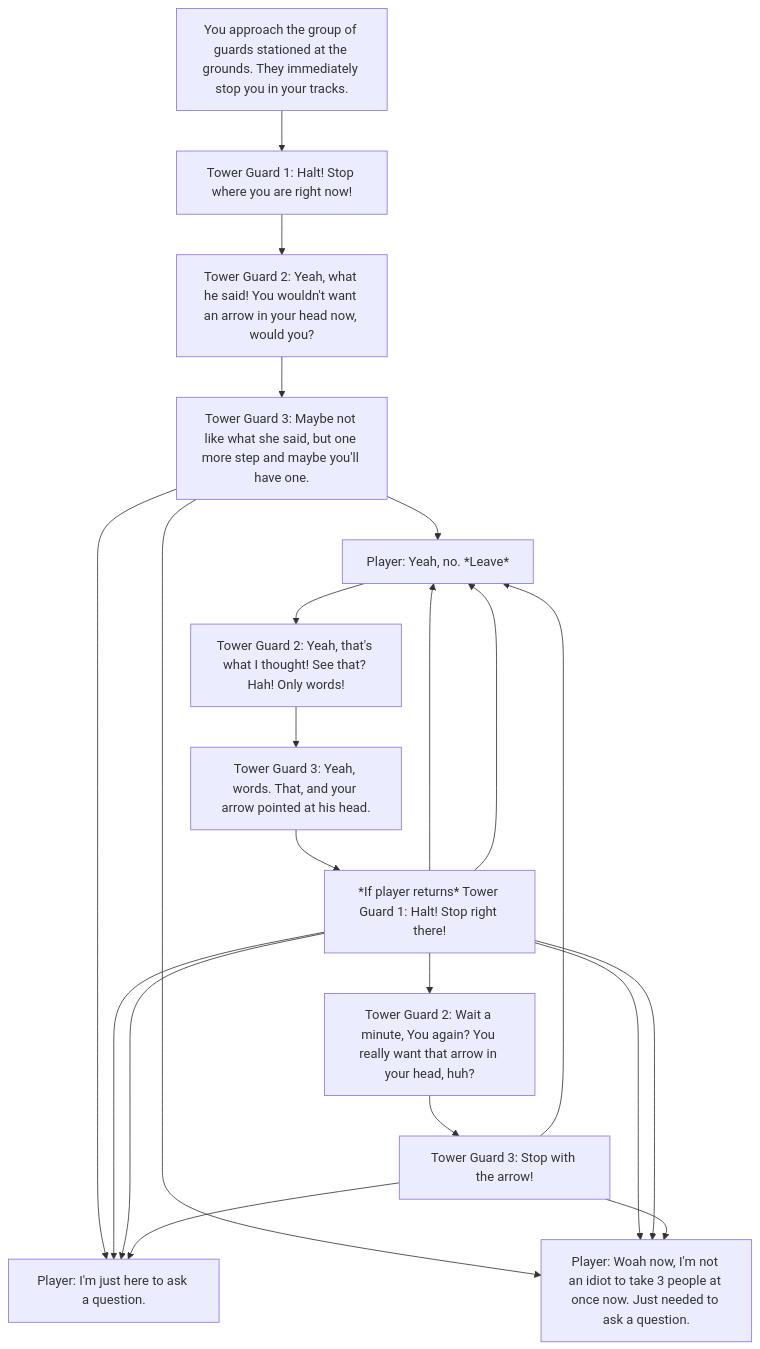
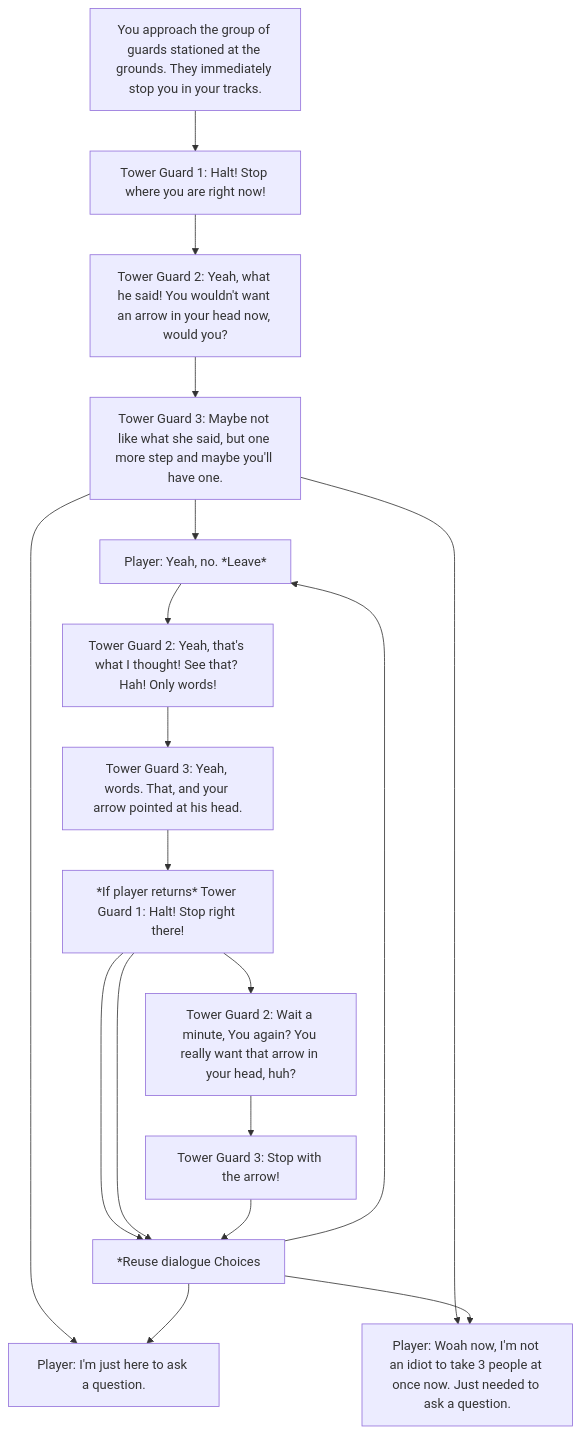
Before and after one commit to padillaryl/cc3-rpg-DialogueTree: the diagram in Q3-TowerGuards.md, drawn with Mermaid.

````diff
--- a/Q3-TowerGuards.md
+++ b/Q3-TowerGuards.md
@@ -1,21 +1,22 @@
 ```mermaid
 flowchart TD
 
   A[You approach the group of guards stationed at the grounds. They immediately stop you in your tracks.]
   A --> B[Tower Guard 1: Halt! Stop where you are right now!]
   B --> C[Tower Guard 2: Yeah, what he said! You wouldn't want an arrow in your head now, would you?]
   C --> D[Tower Guard 3: Maybe not like what she said, but one more step and maybe you'll have one.]
 
   D --> E[Player: I'm just here to ask a question.]
   D --> F[Player: Woah now, I'm not an idiot to take 3 people at once now. Just needed to ask a question.]
   D --> G[Player: Yeah, no. *Leave*]
 
   G --> H[Tower Guard 2: Yeah, that's what I thought! See that? Hah! Only words!]
   H --> I[Tower Guard 3: Yeah, words. That, and your arrow pointed at his head.]
 
   I --> J[*If player returns* Tower Guard 1: Halt! Stop right there!]
   J --> K[Tower Guard 2: Wait a minute, You again? You really want that arrow in your head, huh?]
   K --> L[Tower Guard 3: Stop with the arrow!]
 
-  J & J & L --> E & F & G
+  J & J & L --> M[*Reuse dialogue Choices]
+  M --> E & F & G
 ```
````
